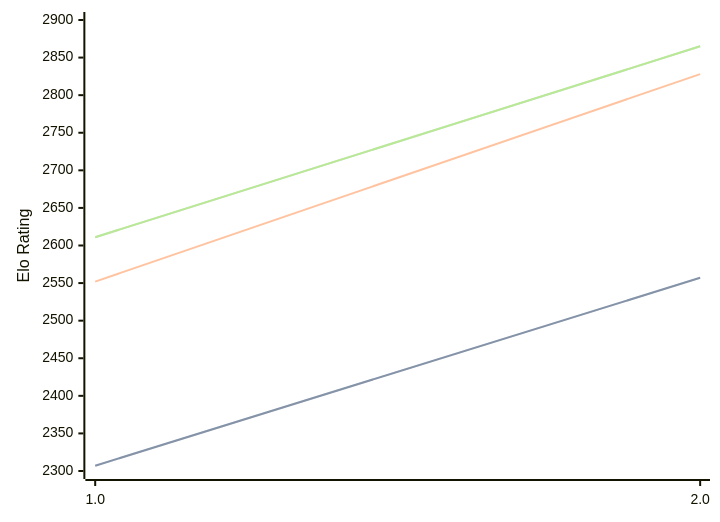
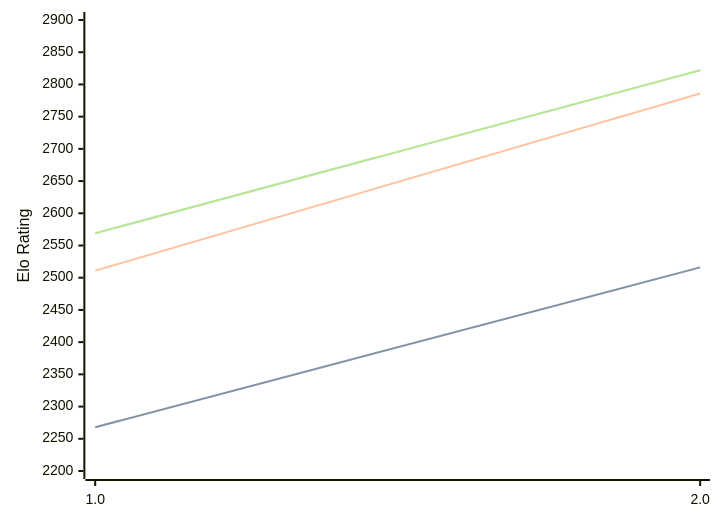
Before and after one commit to computer-chess-index/cci: the diagram in engines/Revolver.md, drawn with Mermaid. The commit also changed other lines of this file, not shown here.

Commit message:
Update CCI Ratings (ELO VLTC) - 2026-05-19

````diff
--- a/engines/Revolver.md
+++ b/engines/Revolver.md
@@ -32,11 +32,11 @@
 ```mermaid
 %%{init: {"theme":"base","themeVariables":{"seriesColors:['#a3a3a3','#222221','#faa371']}}}%%
 xychart-beta
   x-axis ["1.0", "2.0"]
-  y-axis "Elo Rating" 2300 --> 2900
-  line "STC (8.0+0.08s)" [2307, 2557]
-  line "STC (8.0+0.08s)" [2307, 2557]
-  line "LTC (60.0+0.60s)" [2552, 2828]
-  line "VLTC (2m24s+1.12s)" [2611, 2865]
-  line "VLTC (2m24s+1.12s)" [2611, 2865]
+  y-axis "Elo Rating" 2200 --> 2900
+  line "STC (8.0+0.08s)" [2268, 2516]
+  line "STC (8.0+0.08s)" [2268, 2516]
+  line "LTC (60.0+0.60s)" [2511, 2786]
+  line "VLTC (2m24s+1.12s)" [2569, 2822]
+  line "VLTC (2m24s+1.12s)" [2569, 2822]
 ```
````
